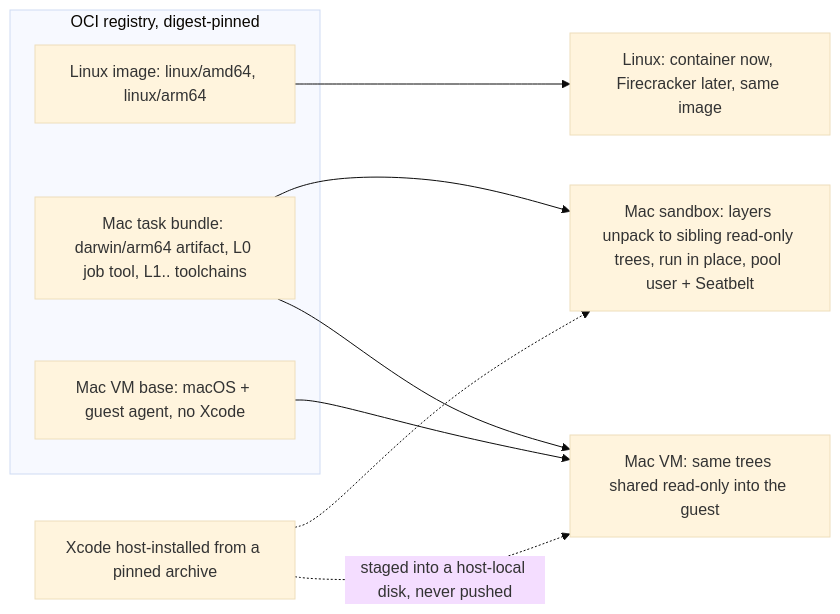
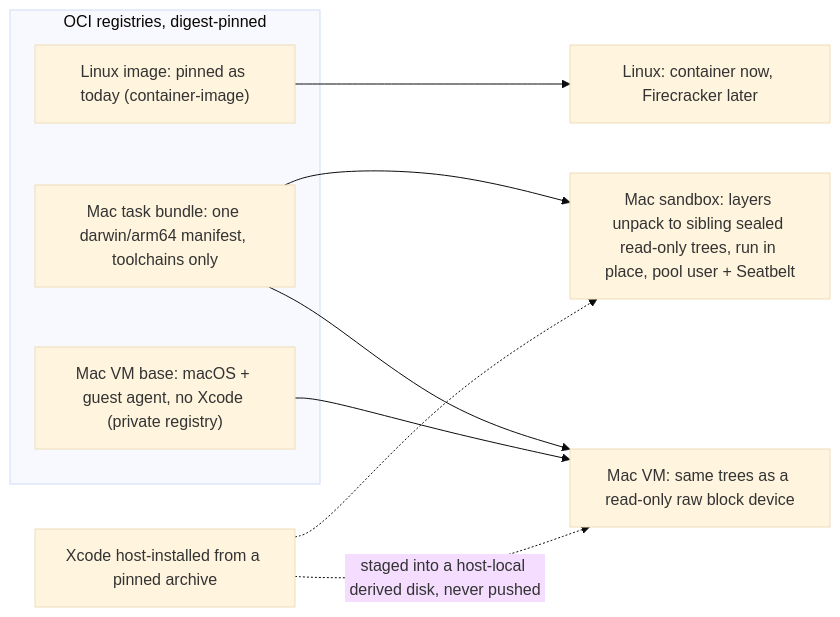
Diagram 14 of 14 in docs/design/kbf-on-js-agent.md (komira-ai/jobscheduler), drawn with Mermaid (base theme) before and after one commit. The commit also changed other lines of this file and 5 other files, not shown here.

````diff
--- a/docs/design/kbf-on-js-agent.md
+++ b/docs/design/kbf-on-js-agent.md
@@ -581,14 +636,14 @@
 ```mermaid
 flowchart LR
-  subgraph REG["OCI registry, digest-pinned"]
-    li["Linux image: linux/amd64, linux/arm64"]
-    mb["Mac task bundle: darwin/arm64 artifact, L0 job tool, L1.. toolchains"]
-    vb["Mac VM base: macOS + guest agent, no Xcode"]
+  subgraph REG["OCI registries, digest-pinned"]
+    li["Linux image: pinned as today (container-image)"]
+    mb["Mac task bundle: one darwin/arm64 manifest, toolchains only"]
+    vb["Mac VM base: macOS + guest agent, no Xcode (private registry)"]
   end
-  li --> lc["Linux: container now, Firecracker later, same image"]
-  mb --> ms["Mac sandbox: layers unpack to sibling read-only trees, run in place, pool user + Seatbelt"]
-  mb --> mv["Mac VM: same trees shared read-only into the guest"]
+  li --> lc["Linux: container now, Firecracker later"]
+  mb --> ms["Mac sandbox: layers unpack to sibling sealed read-only trees, run in place, pool user + Seatbelt"]
+  mb --> mv["Mac VM: same trees as a read-only raw block device"]
   vb --> mv
   x["Xcode host-installed from a pinned archive"] -.-> ms
-  x -. "staged into a host-local disk, never pushed" .-> mv
+  x -. "staged into a host-local derived disk, never pushed" .-> mv
 ```
````
